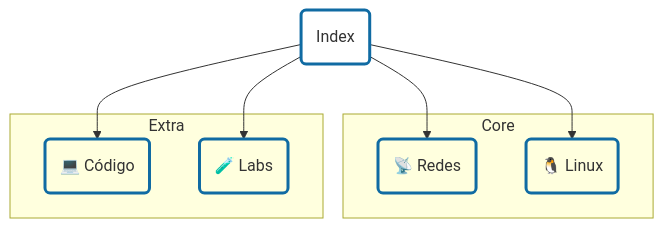
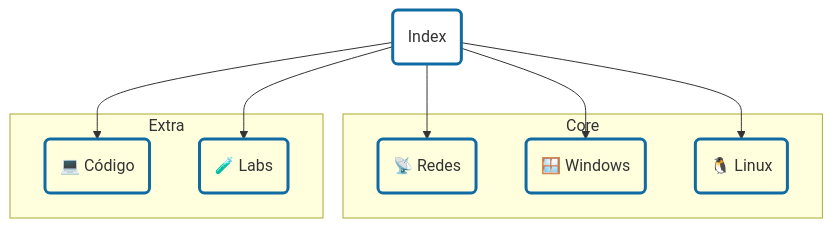
Before and after one commit to rsessa/rsessa.github.io: the diagram in content/index.md, drawn with Mermaid. The commit also changed 1 other file, not shown here.

Commit message:
Model OSI and TCPI post

````diff
--- a/content/index.md
+++ b/content/index.md
@@ -13,22 +13,24 @@
 ```mermaid
 graph TD
     %% Estilo Universal "Contorno"
     classDef estandar fill:none,stroke:#106ba3,stroke-width:3px;
     
     Center(Index):::estandar
     
     subgraph Core
       Net(📡 Redes):::estandar
-      Sys(🐧 Linux):::estandar
+      Sys(🪟 Windows):::estandar
+      Win(🐧 Linux):::estandar
     end
     
     subgraph Extra
       Dev(💻 Código):::estandar
       Lab(🧪 Labs):::estandar
     end
 
     Center --> Net
     Center --> Sys
+    Center --> Win
     Center --> Dev
     Center --> Lab
 ```
````
